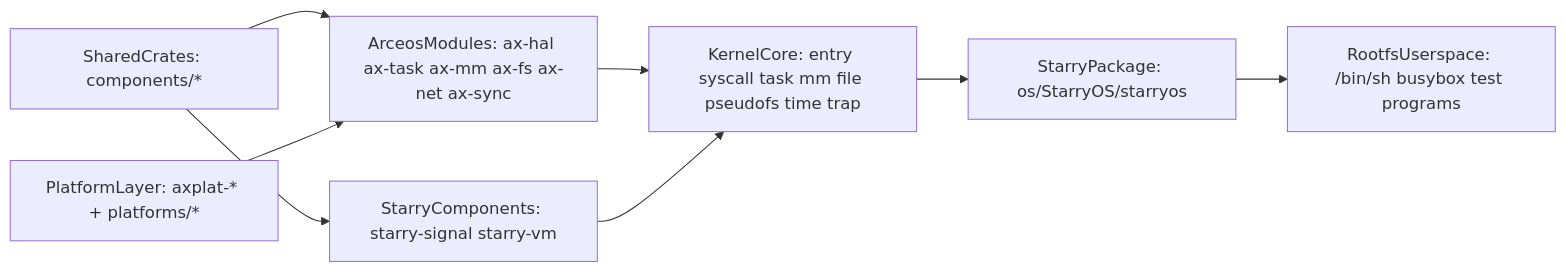
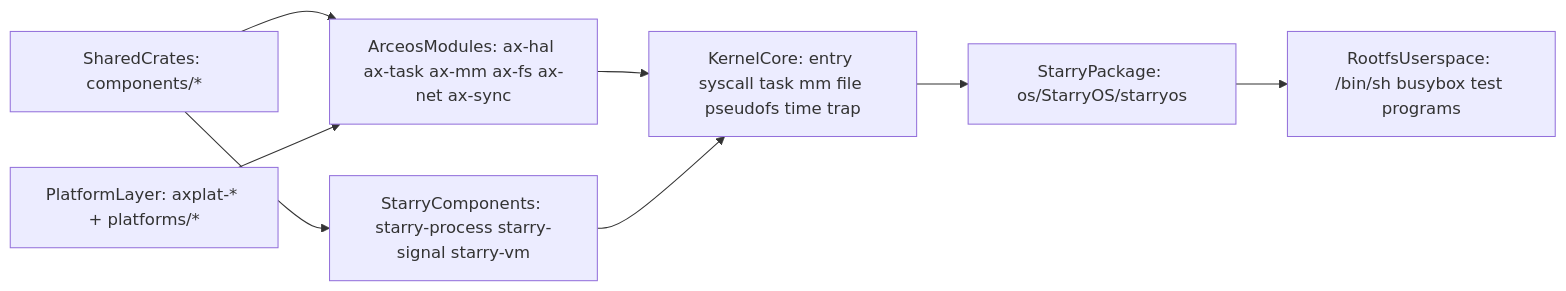
One commit to Dirinkbottle/tgoskits changed the first of 4 diagrams in docs/docs/architecture/starryos/overview.md. Above: the diagram before and after it, drawn with Mermaid. The commit also changed other lines of this file and 3840 other files, not shown here.

````diff
--- a/docs/docs/architecture/starryos/overview.md
+++ b/docs/docs/architecture/starryos/overview.md
@@ -27,18 +29,18 @@
 ```mermaid
 flowchart LR
     rootfsUsers["RootfsUserspace: /bin/sh busybox test programs"]
     starryPackage["StarryPackage: os/StarryOS/starryos"]
     kernelCore["KernelCore: entry syscall task mm file pseudofs time trap"]
-    starryComponents["StarryComponents: starry-signal starry-vm"]
+    starryComponents["StarryComponents: starry-process starry-signal starry-vm"]
     arceosModules["ArceosModules: ax-hal ax-task ax-mm ax-fs ax-net ax-sync"]
     sharedCrates["SharedCrates: components/*"]
     platformLayer["PlatformLayer: axplat-* + platforms/*"]
 
     sharedCrates --> arceosModules
     sharedCrates --> starryComponents
     platformLayer --> arceosModules
     arceosModules --> kernelCore
     starryComponents --> kernelCore
     kernelCore --> starryPackage
     starryPackage --> rootfsUsers
 ```
````
